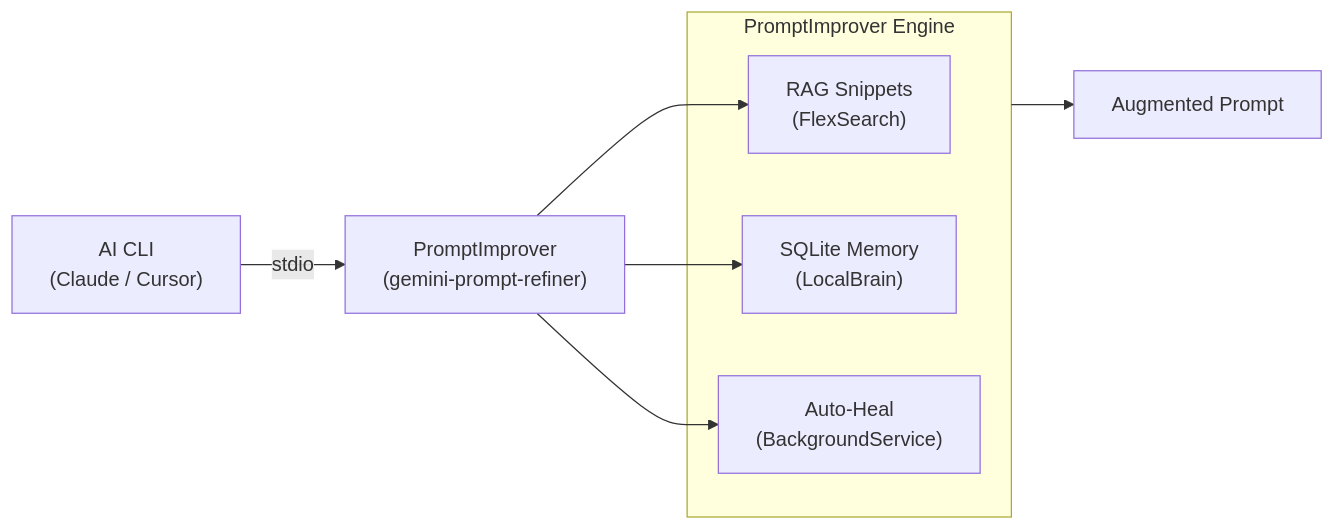
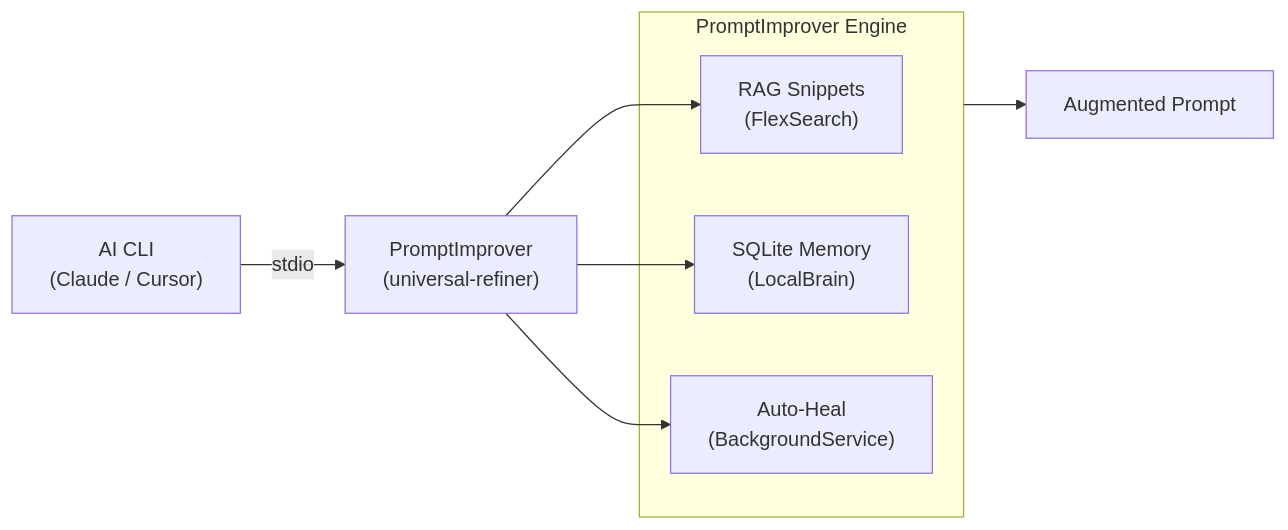
One commit to Coding-Autopilot-System/Promptimprover changed the diagram in README.md. Above: the diagram before and after it, drawn with Mermaid. The commit also changed other lines of this file and 21 other files, not shown here.

First line of the commit message:
chore: stabilize universal refiner local updates

````diff
--- a/README.md
+++ b/README.md
@@ -43,13 +43,13 @@
 ```mermaid
 flowchart LR
-    CLI["AI CLI\n(Claude / Cursor)"] -->|"stdio"| PI["PromptImprover\n(gemini-prompt-refiner)"]
+    CLI["AI CLI\n(Claude / Cursor)"] -->|"stdio"| PI["PromptImprover\n(universal-refiner)"]
     subgraph internal["PromptImprover Engine"]
         RAG["RAG Snippets\n(FlexSearch)"]
         Memory["SQLite Memory\n(LocalBrain)"]
         AutoHeal["Auto-Heal\n(BackgroundService)"]
     end
     PI --> RAG
     PI --> Memory
     PI --> AutoHeal
     internal --> Out["Augmented Prompt"]
 ```
````
